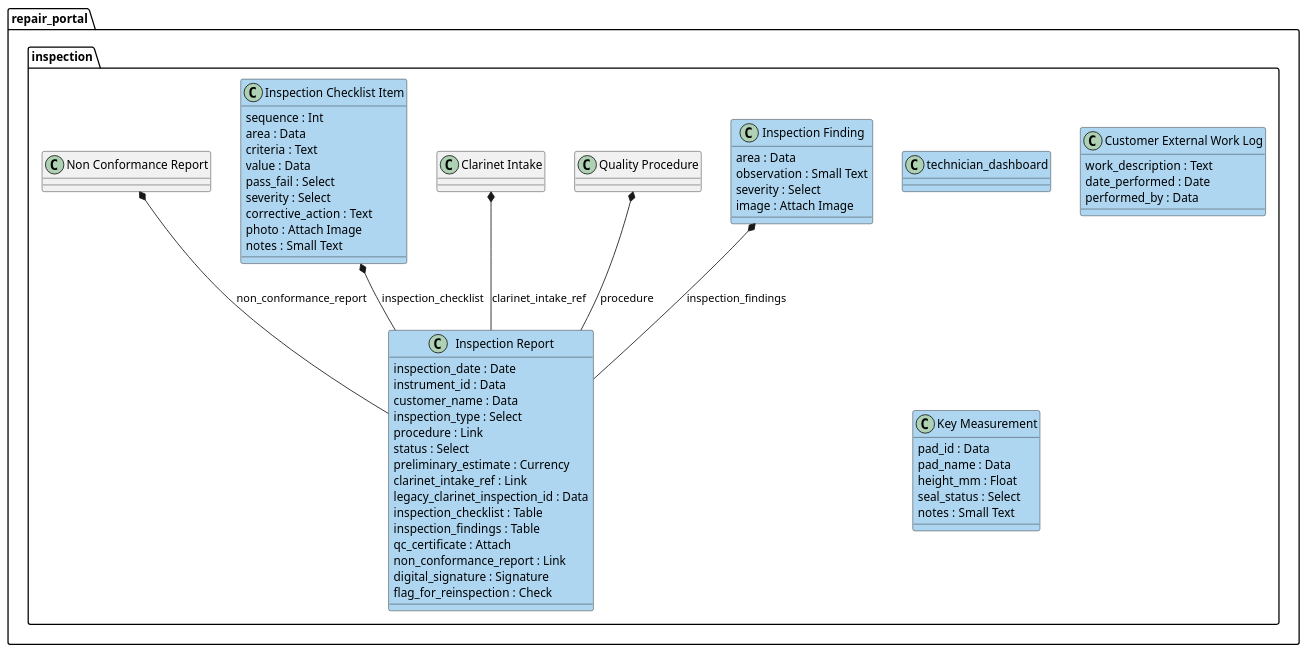
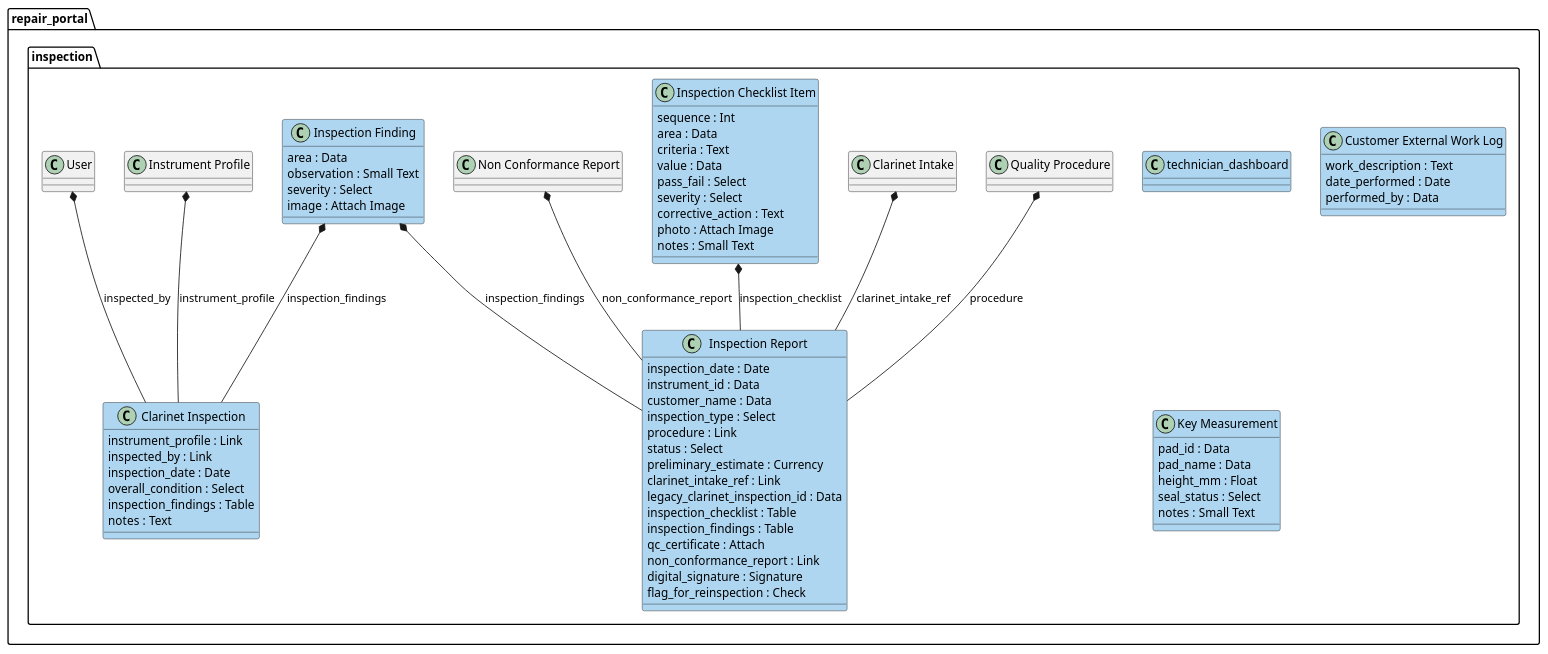
Before and after one commit to ArtisanClarinets/repair_portal: the diagram in fviz/module/repair_portal_inspection.plantuml, drawn with PlantUML. The commit also changed 56 other files, not shown here.

```diff
--- a/fviz/module/repair_portal_inspection.plantuml
+++ b/fviz/module/repair_portal_inspection.plantuml
@@ -1,57 +1,68 @@
 @startuml
 package repair_portal.inspection <<Folder>> {
 class "technician_dashboard" #AED6F1 {
 }
 class "Inspection Finding" #AED6F1 {
   area : Data
   observation : Small Text
   severity : Select
   image : Attach Image
 }
 "Quality Procedure" *-- "Inspection Report" : procedure
 "Clarinet Intake" *-- "Inspection Report" : clarinet_intake_ref
 "Inspection Checklist Item" *-- "Inspection Report" : inspection_checklist
 "Inspection Finding" *-- "Inspection Report" : inspection_findings
 "Non Conformance Report" *-- "Inspection Report" : non_conformance_report
 class "Inspection Report" #AED6F1 {
   inspection_date : Date
   instrument_id : Data
   customer_name : Data
   inspection_type : Select
   procedure : Link
   status : Select
   preliminary_estimate : Currency
   clarinet_intake_ref : Link
   legacy_clarinet_inspection_id : Data
   inspection_checklist : Table
   inspection_findings : Table
   qc_certificate : Attach
   non_conformance_report : Link
   digital_signature : Signature
   flag_for_reinspection : Check
 }
+"Instrument Profile" *-- "Clarinet Inspection" : instrument_profile
+"User" *-- "Clarinet Inspection" : inspected_by
+"Inspection Finding" *-- "Clarinet Inspection" : inspection_findings
+class "Clarinet Inspection" #AED6F1 {
+  instrument_profile : Link
+  inspected_by : Link
+  inspection_date : Date
+  overall_condition : Select
+  inspection_findings : Table
+  notes : Text
+}
 class "Inspection Checklist Item" #AED6F1 {
   sequence : Int
   area : Data
   criteria : Text
   value : Data
   pass_fail : Select
   severity : Select
   corrective_action : Text
   photo : Attach Image
   notes : Small Text
 }
 class "Customer External Work Log" #AED6F1 {
   work_description : Text
   date_performed : Date
   performed_by : Data
 }
 class "Key Measurement" #AED6F1 {
   pad_id : Data
   pad_name : Data
   height_mm : Float
   seal_status : Select
   notes : Small Text
 }
 }
 @enduml
```
